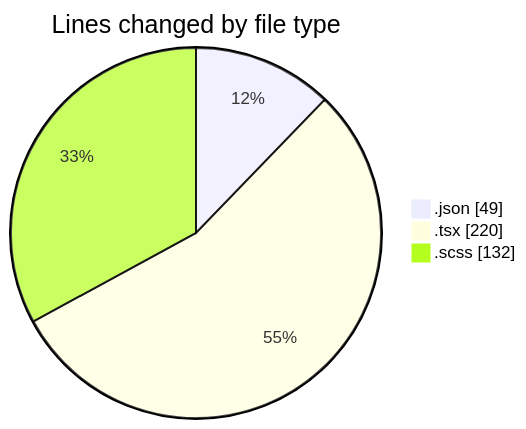
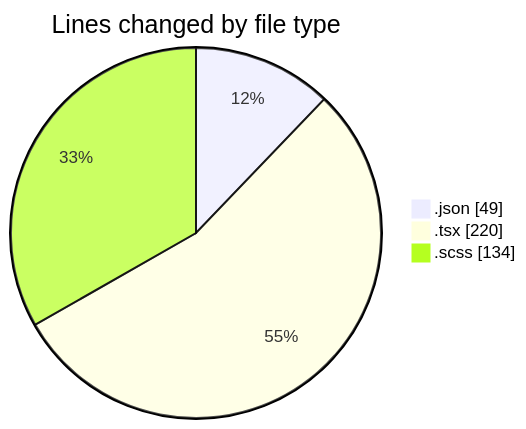
The first of 2 diagrams in 2025-08-20/cda/README.md (momahboobian/code-tracking), drawn with Mermaid before and after one commit. The commit also changed other lines of this file and 1 other file, not shown here.

````diff
--- a/2025-08-20/cda/README.md
+++ b/2025-08-20/cda/README.md
@@ -22,7 +22,7 @@
 ```mermaid
 pie showData
 title Lines changed by file type
 ".json" : 49
 ".tsx" : 220
-".scss" : 132
+".scss" : 134
 ```
````
